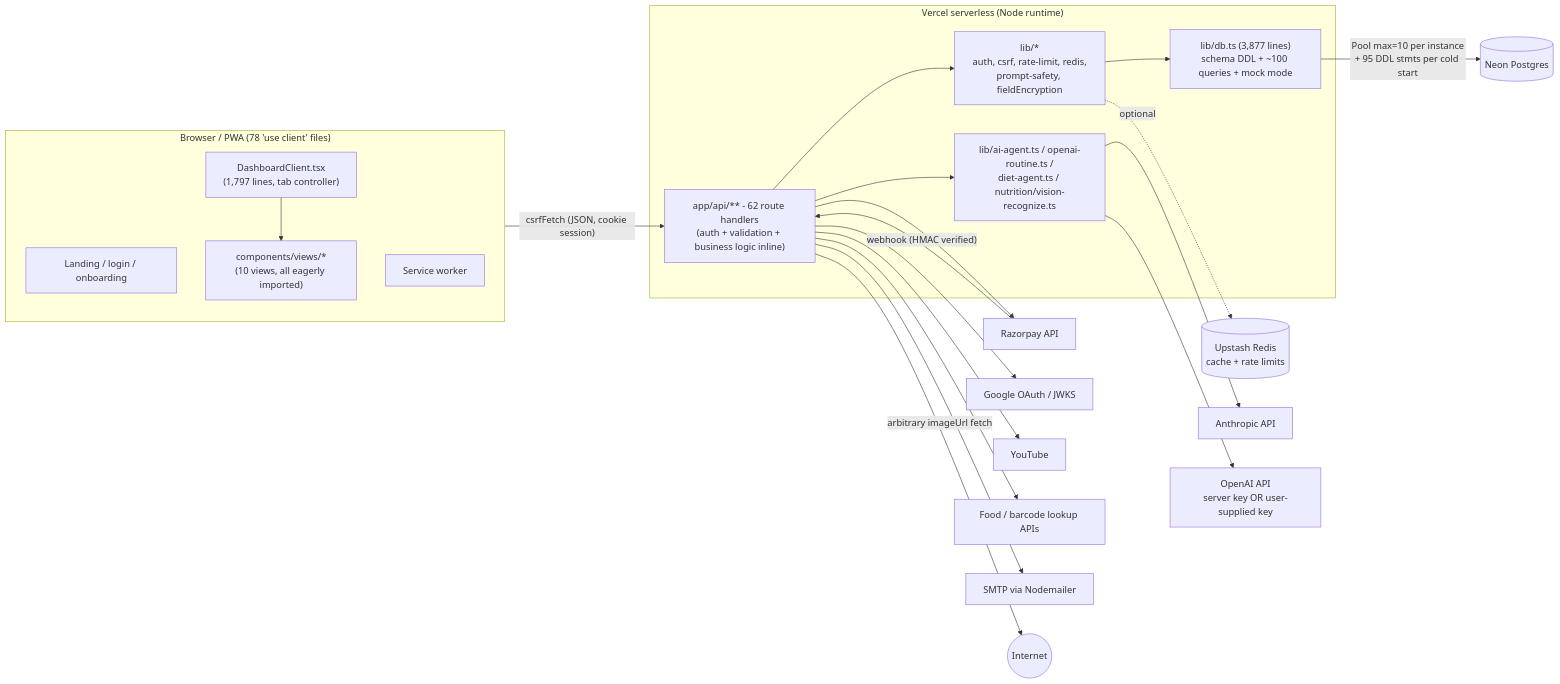
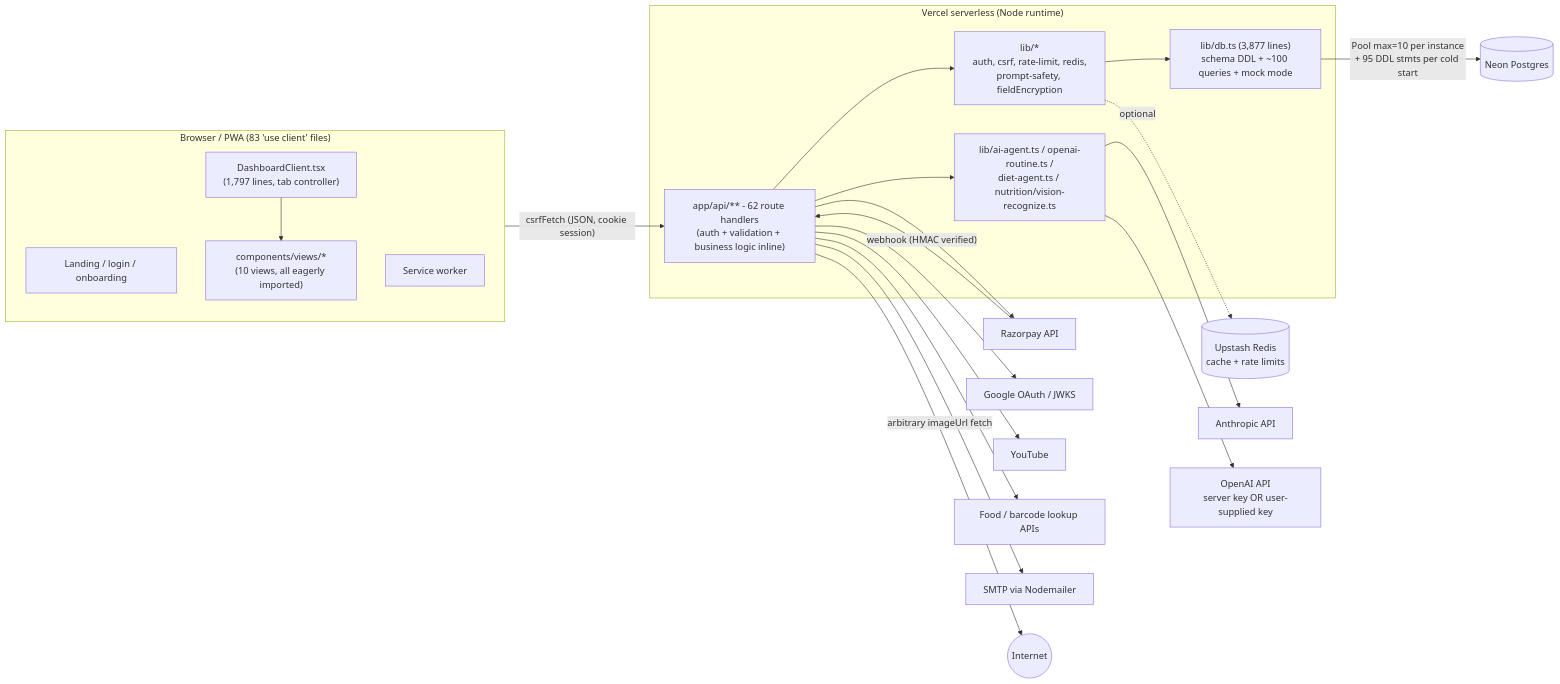
The diagram in AUDIT.md (frazakram/gym), drawn with Mermaid before and after one commit. The commit also changed other lines of this file, not shown here.

````diff
--- a/AUDIT.md
+++ b/AUDIT.md
@@ -28,33 +28,33 @@
 ```mermaid
 flowchart LR
-  subgraph Client["Browser / PWA (78 'use client' files)"]
+  subgraph Client["Browser / PWA (83 'use client' files)"]
     LP[Landing / login / onboarding]
     DC["DashboardClient.tsx<br/>(1,797 lines, tab controller)"]
     V["components/views/*<br/>(10 views, all eagerly imported)"]
     SW[Service worker]
     DC --> V
   end
 
   subgraph Vercel["Vercel serverless (Node runtime)"]
     RH["app/api/** - 62 route handlers<br/>(auth + validation + business logic inline)"]
     LIB["lib/*<br/>auth, csrf, rate-limit, redis,<br/>prompt-safety, fieldEncryption"]
     DB["lib/db.ts (3,877 lines)<br/>schema DDL + ~100 queries + mock mode"]
     AI["lib/ai-agent.ts / openai-routine.ts /<br/>diet-agent.ts / nutrition/vision-recognize.ts"]
     RH --> LIB --> DB
     RH --> AI
   end
 
   Client -- "csrfFetch (JSON, cookie session)" --> RH
 
   DB -- "Pool max=10 per instance<br/>+ 95 DDL stmts per cold start" --> PG[(Neon Postgres)]
   LIB -. optional .-> RD[(Upstash Redis<br/>cache + rate limits)]
   AI --> ANT[Anthropic API]
   AI --> OAI[OpenAI API<br/>server key OR user-supplied key]
   RH --> RZP[Razorpay API]
   RZP -- "webhook (HMAC verified)" --> RH
   RH --> GOOG[Google OAuth / JWKS]
   RH --> YT[YouTube]
   RH --> OFF[Food / barcode lookup APIs]
   RH --> SMTP[SMTP via Nodemailer]
   RH -- "arbitrary imageUrl fetch" --> NET((Internet))
 ```
````
